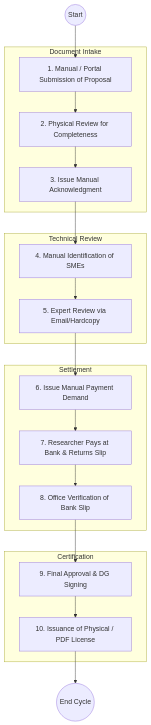
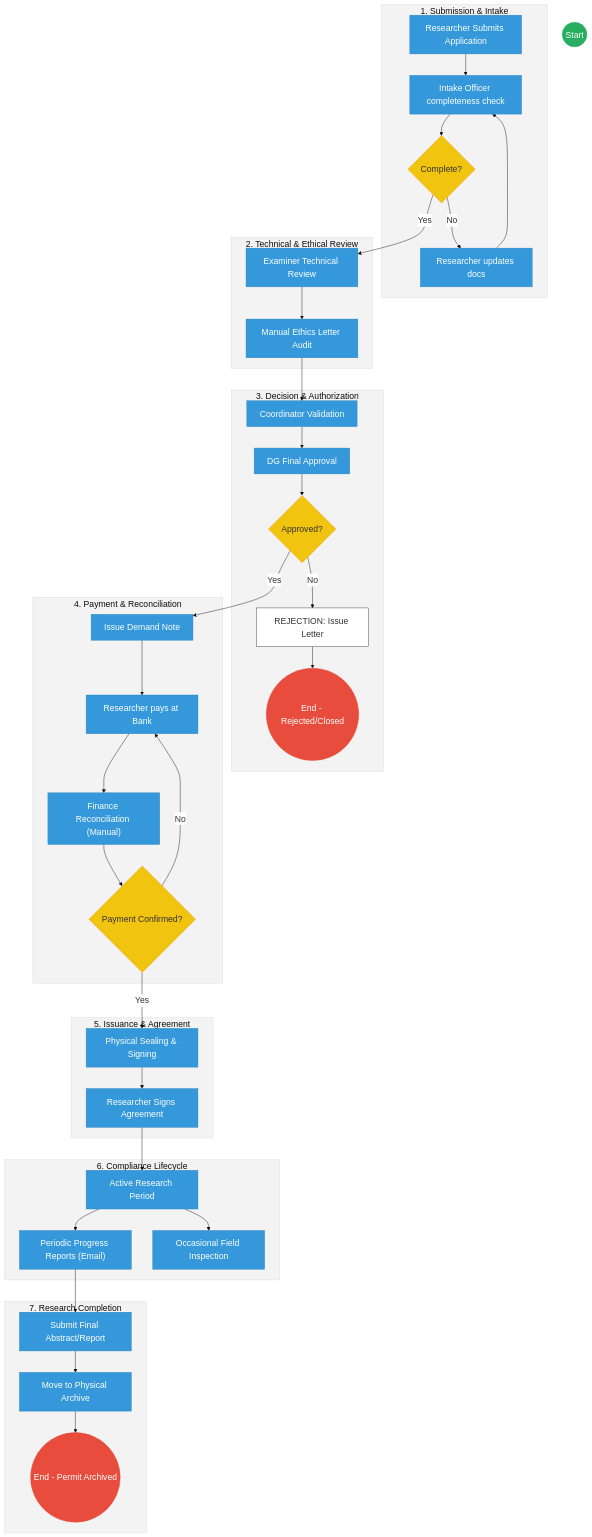
The first of 2 diagrams in mdas/docs_final/priority_mdas/National_Commission_For_Science_Technology_and_Innovation___Service_Delivery.md (BITZ-IT-Consulting-LTD/ictapoc), drawn with Mermaid before and after one commit. The commit also changed other lines of this file and 19 other files, not shown here.

````diff
--- a/mdas/docs_final/priority_mdas/National_Commission_For_Science_Technology_and_Innovation___Service_Delivery.md
+++ b/mdas/docs_final/priority_mdas/National_Commission_For_Science_Technology_and_Innovation___Service_Delivery.md
@@ -33,27 +94,69 @@
 ```mermaid
+%%{init: { 'theme': 'base', 'themeVariables': { 'fontSize': '20px', 'fontFamily': 'Inter, system-ui, sans-serif', 'primaryColor': '#ffffff', 'edgeLabelBackground':'#ffffff', 'tertiaryColor': '#f3f3f3', 'mainBkg': '#ffffff', 'nodeBorder': '#333333' } } }%%
 flowchart TD
-    Start(("Start")) --> Submit["1. Manual / Portal Submission of Proposal"]
-    
-    subgraph Intake_Layer["Document Intake"]
-        Submit --> Vet["2. Physical Review for Completeness"]
-        Vet --> Ack["3. Issue Manual Acknowledgment"]
+    %% Events
+    Start((Start))
+    EndSucc((End - Permit Archived))
+    EndRej((End - Rejected/Closed))
+
+    subgraph Intake["1. Submission & Intake"]
+        Submit["Researcher Submits Application"]
+        Check["Intake Officer completeness check"]
+        Incomplete{"Complete?"}
+        Submit --> Check --> Incomplete
+        Incomplete -- "No" --> Fix["Researcher updates docs"] --> Check
     end
 
-    subgraph Vetting_Layer["Technical Review"]
-        Ack --> Assign["4. Manual Identification of SMEs"]
-        Assign --> ExpertRev["5. Expert Review via Email/Hardcopy"]
+    subgraph Review["2. Technical & Ethical Review"]
+        Incomplete -- "Yes" --> Vetting["Examiner Technical Review"]
+        Ethics["Manual Ethics Letter Audit"]
+        Vetting --> Ethics
     end
 
-    subgraph Finance_Layer["Settlement"]
-        ExpertRev --> Demand["6. Issue Manual Payment Demand"]
-        Demand --> Bank["7. Researcher Pays at Bank & Returns Slip"]
-        Bank --> Reconcile["8. Office Verification of Bank Slip"]
+    subgraph Approval["3. Decision & Authorization"]
+        Ethics --> FinalAudit["Coordinator Validation"]
+        FinalAudit --> DGSign["DG Final Approval"]
+        RejGateway{"Approved?"}
+        DGSign --> RejGateway
+        RejGateway -- "No" --> NotifyRej["REJECTION: Issue Letter"] --> EndRej
     end
 
-    subgraph Outcome_Layer["Certification"]
-        Reconcile --> Appr["9. Final Approval & DG Signing"]
-        Appr --> Issue["10. Issuance of Physical / PDF License"]
+    subgraph Payment["4. Payment & Reconciliation"]
+        RejGateway -- "Yes" --> Invoice["Issue Demand Note"]
+        Invoice --> Bank["Researcher pays at Bank"]
+        Reconcile["Finance Reconciliation (Manual)"]
+        PayFail{"Payment Confirmed?"}
+        Bank --> Reconcile --> PayFail
+        PayFail -- "No" --> Bank
     end
 
-    Issue --> End(("End Cycle"))
+    subgraph Post_Approval["5. Issuance & Agreement"]
+        PayFail -- "Yes" --> Seal["Physical Sealing & Signing"]
+        Seal --> Agree["Researcher Signs Agreement"]
+    end
+
+    subgraph Monitoring["6. Compliance Lifecycle"]
+        Agree --> Active["Active Research Period"]
+        Reports["Periodic Progress Reports (Email)"]
+        Inspect["Occasional Field Inspection"]
+        Active --> Reports
+        Active --> Inspect
+    end
+
+    subgraph Closure["7. Research Completion"]
+        Reports --> FinalSub["Submit Final Abstract/Report"]
+        Archive["Move to Physical Archive"]
+        FinalSub --> Archive --> EndSucc
+    end
+
+    %% Styling
+    classDef startEvent fill:#27ae60,stroke:#27ae60,color:#fff,font-size:20px;;
+    classDef endEvent fill:#e74c3c,stroke:#e74c3c,color:#fff,font-size:20px;;
+    classDef humanTask fill:#3498db,stroke:#2980b9,color:#fff,font-size:20px;;
+    classDef gateway fill:#f1c40f,stroke:#f39c12,color:#333,font-size:20px;;
+    
+    class Start startEvent;
+    class EndSucc,EndRej endEvent;
+    class Incomplete,RejGateway,PayFail gateway;
+    class Submit,Check,Fix,Vetting,Ethics,FinalAudit,DGSign,Invoice,Bank,Reconcile,Seal,Agree,Active,Reports,Inspect,FinalSub,Archive humanTask;
 ```
````
